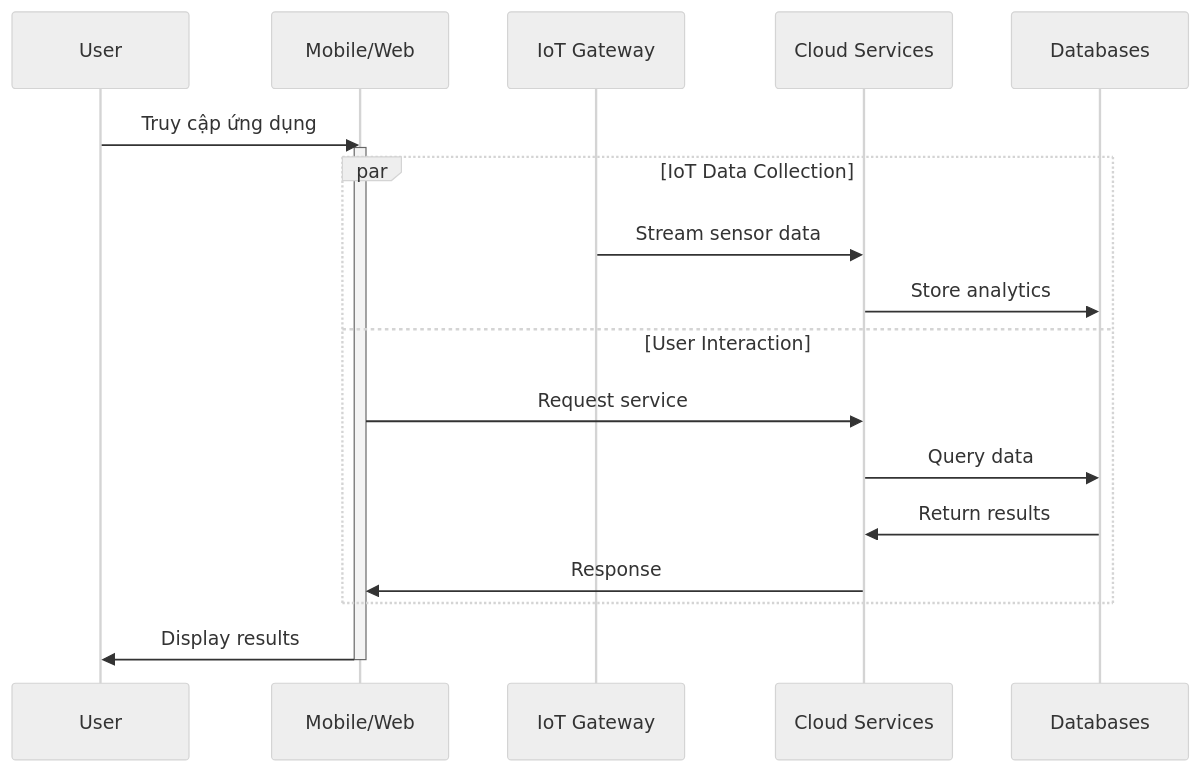
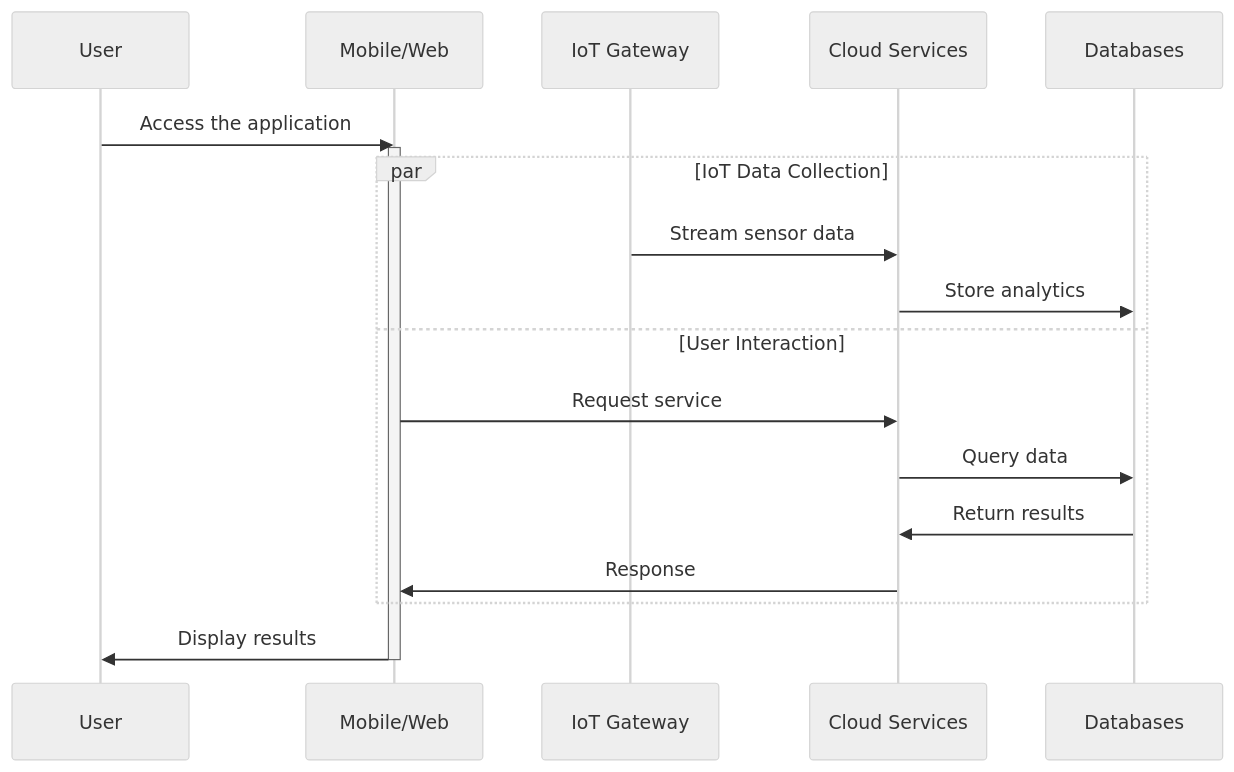
One commit to Luisnguyen1/SenEdge changed the first of 16 diagrams in document_english_version/final_report.md. Above: the diagram before and after it, drawn with Mermaid (neutral theme). The commit also changed other lines of this file, not shown here.

````diff
--- a/document_english_version/final_report.md
+++ b/document_english_version/final_report.md
@@ -47,24 +47,24 @@
 ```mermaid
 sequenceDiagram
     participant U as User
     participant App as Mobile/Web
     participant GW as IoT Gateway
     participant Cloud as Cloud Services
     participant DB as Databases
 
-    U->>App: Truy cập ứng dụng
+    U->>App: Access the application
     activate App
     
     par IoT Data Collection
         GW->>Cloud: Stream sensor data
         Cloud->>DB: Store analytics
     and User Interaction
         App->>Cloud: Request service
         Cloud->>DB: Query data
         DB->>Cloud: Return results
         Cloud->>App: Response
     end
     
     App->>U: Display results
     deactivate App
 ```
````
